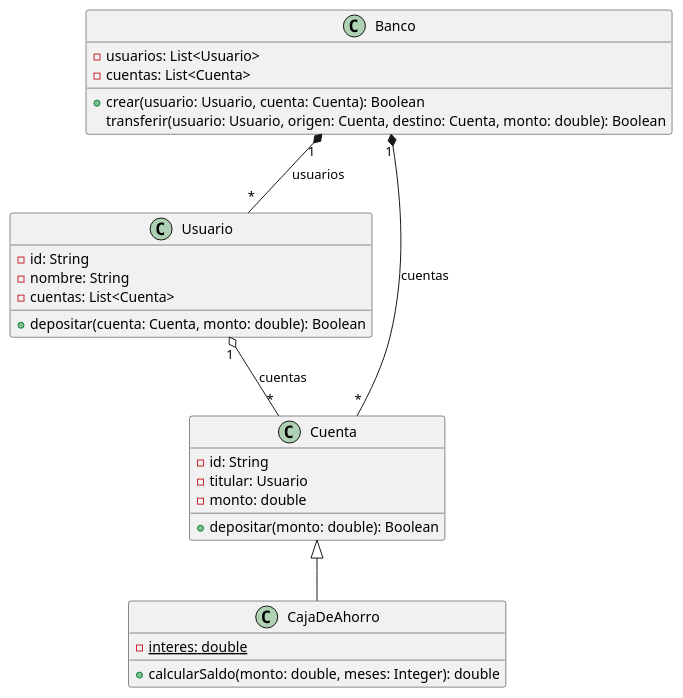
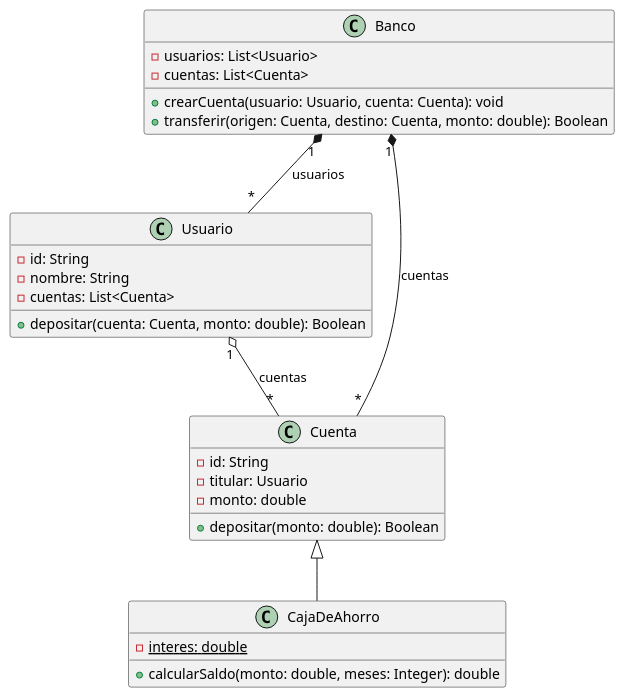
Before and after one commit to PabloDiosquez/Algoritmos_III: the diagram in ejercicios/guia1/banco/src/main/resources/banco.puml, drawn with PlantUML.

Commit message:
Agregar banco.puml

```diff
--- a/ejercicios/guia1/banco/src/main/resources/banco.puml
+++ b/ejercicios/guia1/banco/src/main/resources/banco.puml
@@ -1,40 +1,39 @@
 @startuml
 
 class Banco {
 -usuarios: List<Usuario>
 -cuentas: List<Cuenta>
 
-+crear(usuario: Usuario, cuenta: Cuenta): Boolean
-transferir(usuario: Usuario, origen: Cuenta, destino: Cuenta, monto: double): Boolean
++crearCuenta(usuario: Usuario, cuenta: Cuenta): void
++transferir(origen: Cuenta, destino: Cuenta, monto: double): Boolean
 }
 
 class Usuario {
 -id: String
 -nombre: String
 -cuentas: List<Cuenta>
 
 +depositar(cuenta: Cuenta, monto: double): Boolean
 
 }
 
 class Cuenta {
 -id: String
 -titular: Usuario
 -monto: double
 
 +depositar(monto: double): Boolean
 }
 
 class CajaDeAhorro {
 -{static} interes: double
 
 +calcularSaldo(monto: double, meses: Integer): double
 }
 
 Banco "1" *-- "*" Usuario: usuarios
 Banco "1" *-- "*" Cuenta: cuentas
 Usuario "1" o-- "*" Cuenta: cuentas
 Cuenta <|-- CajaDeAhorro
 
-
 @enduml
```
